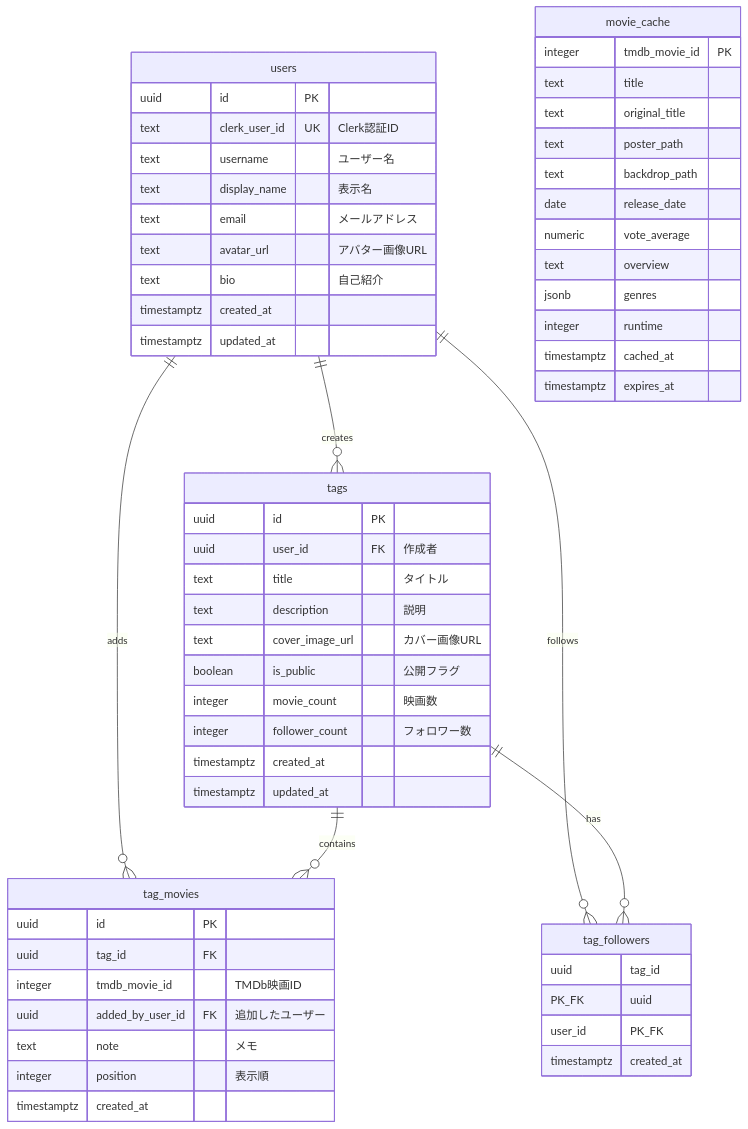
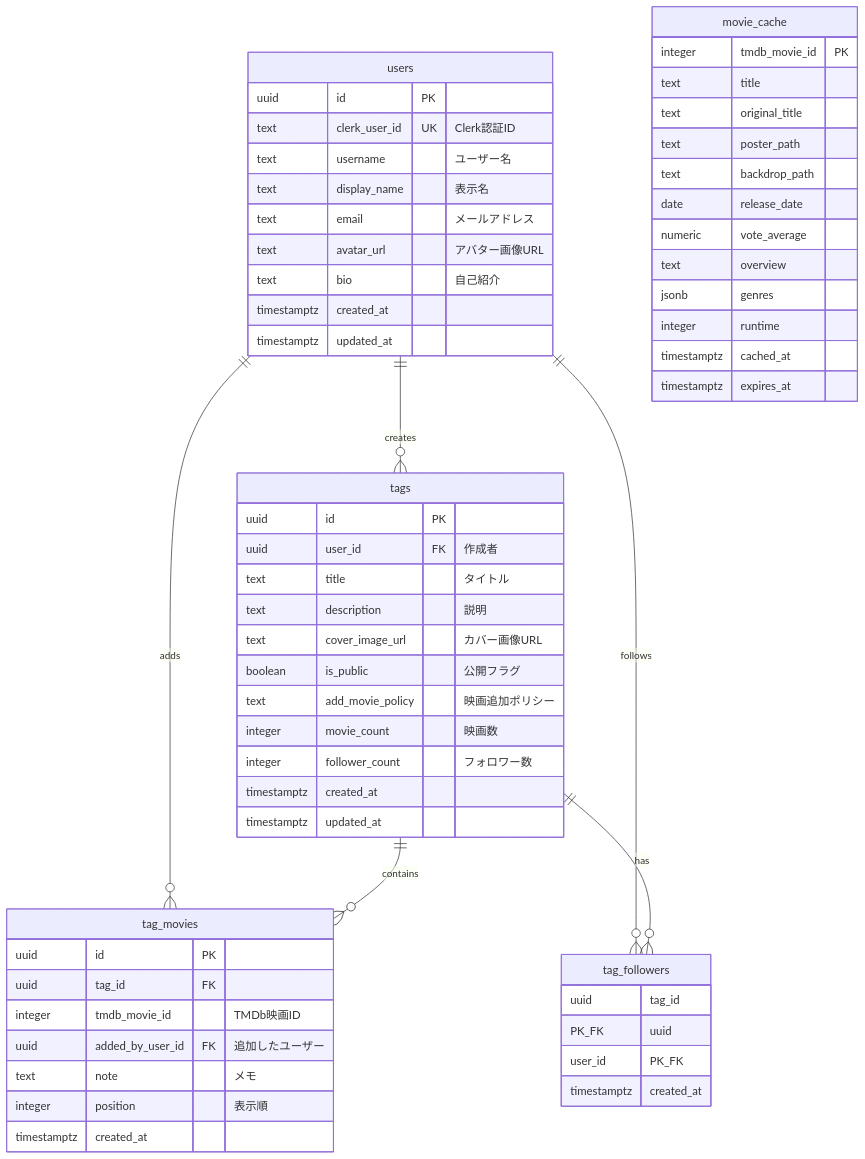
The diagram in docs/database-schema.md (yasudaProduct/cinetag), drawn with Mermaid before and after one commit. The commit also changed 14 other files, not shown here.

````diff
--- a/docs/database-schema.md
+++ b/docs/database-schema.md
@@ -5,64 +5,65 @@
 ```mermaid
 erDiagram
     users ||--o{ tags : "creates"
     users ||--o{ tag_movies : "adds"
     users ||--o{ tag_followers : "follows"
     tags ||--o{ tag_movies : "contains"
     tags ||--o{ tag_followers : "has"
 
     users {
         uuid id PK
         text clerk_user_id UK "Clerk認証ID"
         text username "ユーザー名"
         text display_name "表示名"
         text email "メールアドレス"
         text avatar_url "アバター画像URL"
         text bio "自己紹介"
         timestamptz created_at
         timestamptz updated_at
     }
 
     tags {
         uuid id PK
         uuid user_id FK "作成者"
         text title "タイトル"
         text description "説明"
         text cover_image_url "カバー画像URL"
         boolean is_public "公開フラグ"
+        text add_movie_policy "映画追加ポリシー"
         integer movie_count "映画数"
         integer follower_count "フォロワー数"
         timestamptz created_at
         timestamptz updated_at
     }
 
     tag_movies {
         uuid id PK
         uuid tag_id FK
         integer tmdb_movie_id "TMDb映画ID"
         uuid added_by_user_id FK "追加したユーザー"
         text note "メモ"
         integer position "表示順"
         timestamptz created_at
     }
 
     tag_followers {
         uuid tag_id PK_FK
         uuid user_id PK_FK
         timestamptz created_at
     }
 
     movie_cache {
         integer tmdb_movie_id PK
         text title
         text original_title
         text poster_path
         text backdrop_path
         date release_date
         numeric vote_average
         text overview
         jsonb genres
         integer runtime
         timestamptz cached_at
         timestamptz expires_at
     }
 ```
````
